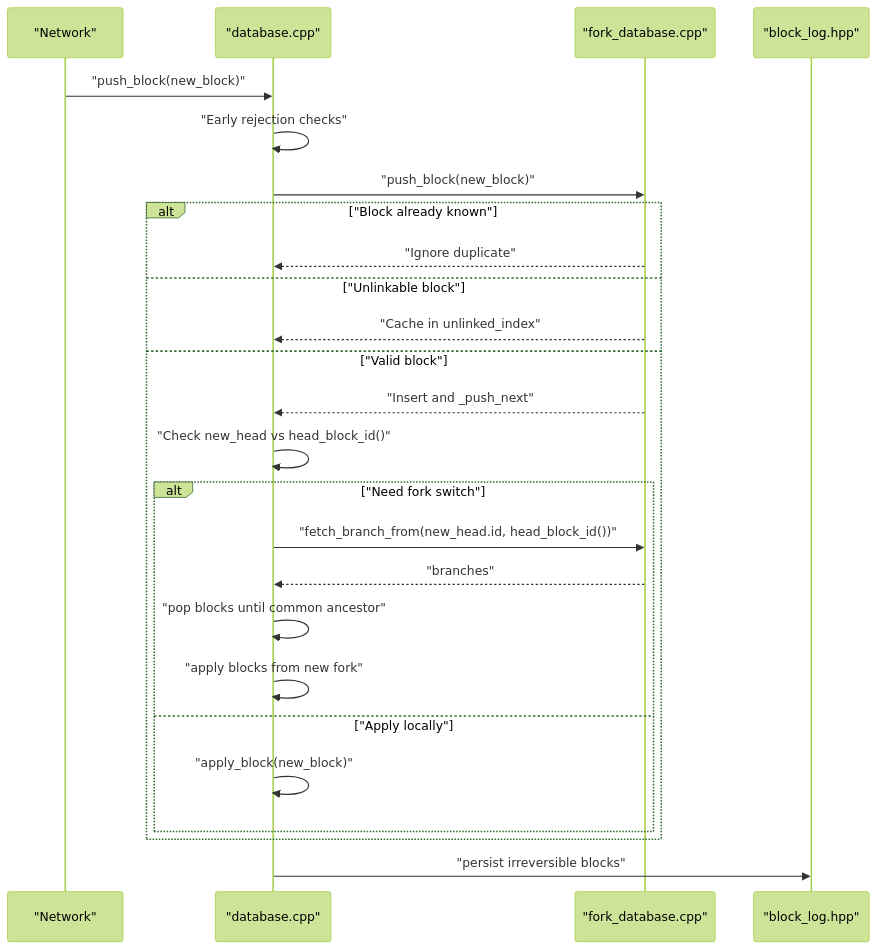
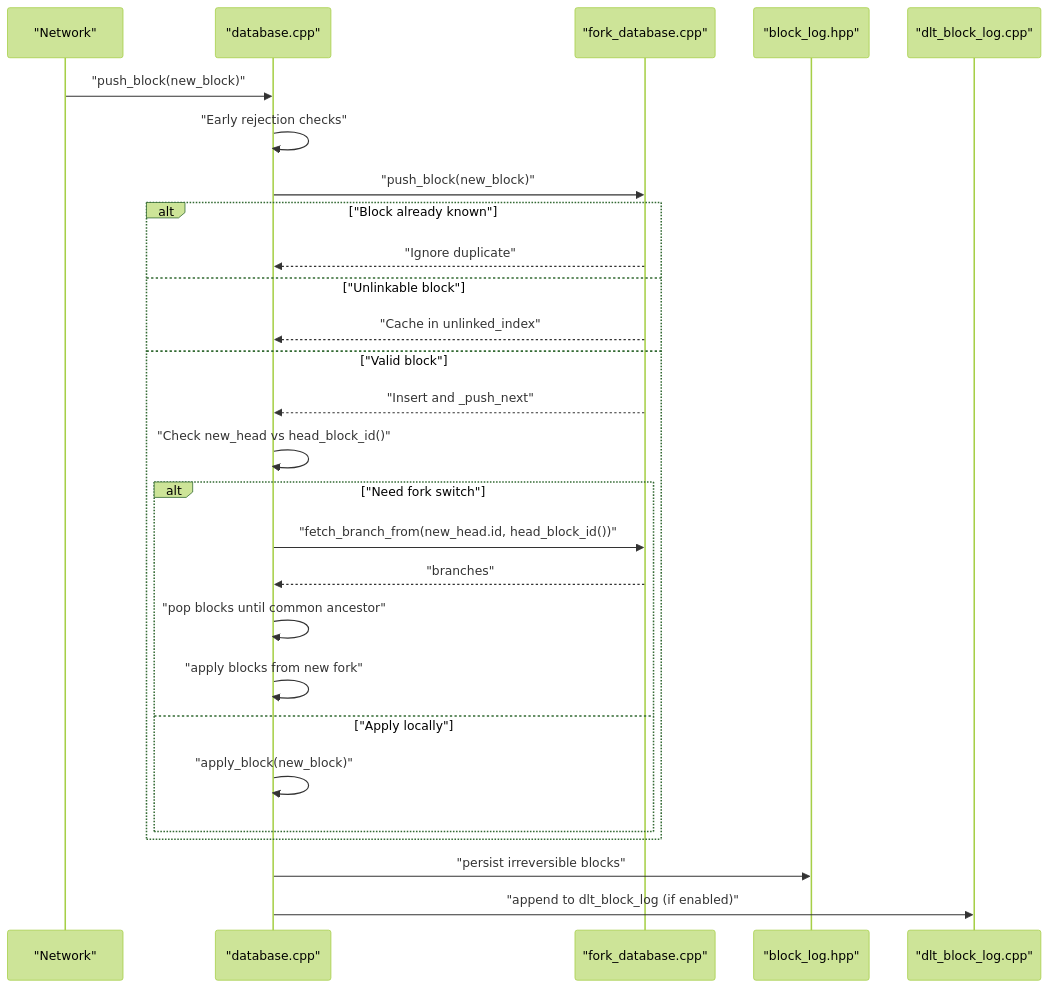
One commit to VIZ-Blockchain/viz-cpp-node changed the second of 10 diagrams in .qoder/repowiki/en/content/Architecture Overview/Core Libraries/Chain Library/Fork Resolution and Consensus.md. Above: the diagram before and after it, drawn with Mermaid (forest theme). The commit also changed other lines of this file and 5 other files, not shown here.

````diff
--- a/.qoder/repowiki/en/content/Architecture Overview/Core Libraries/Chain Library/Fork Resolution and Consensus.md
+++ b/.qoder/repowiki/en/content/Architecture Overview/Core Libraries/Chain Library/Fork Resolution and Consensus.md
@@ -90,27 +101,29 @@
 ```mermaid
 sequenceDiagram
 participant Net as "Network"
 participant DB as "database.cpp"
 participant FDB as "fork_database.cpp"
 participant BL as "block_log.hpp"
+participant DLTL as "dlt_block_log.cpp"
 Net->>DB : "push_block(new_block)"
 DB->>DB : "Early rejection checks"
 DB->>FDB : "push_block(new_block)"
 alt "Block already known"
 FDB-->>DB : "Ignore duplicate"
 else "Unlinkable block"
 FDB-->>DB : "Cache in unlinked_index"
 else "Valid block"
 FDB-->>DB : "Insert and _push_next"
 DB->>DB : "Check new_head vs head_block_id()"
 alt "Need fork switch"
 DB->>FDB : "fetch_branch_from(new_head.id, head_block_id())"
 FDB-->>DB : "branches"
 DB->>DB : "pop blocks until common ancestor"
 DB->>DB : "apply blocks from new fork"
 else "Apply locally"
 DB->>DB : "apply_block(new_block)"
 end
 end
 DB->>BL : "persist irreversible blocks"
+DB->>DLTL : "append to dlt_block_log (if enabled)"
 ```
````
